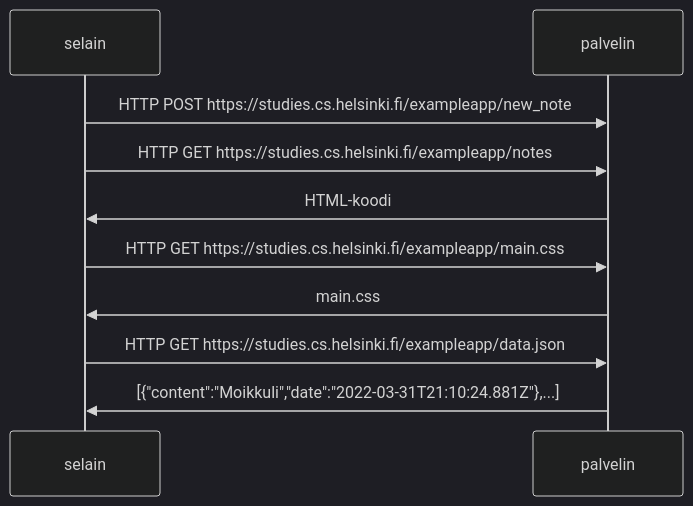
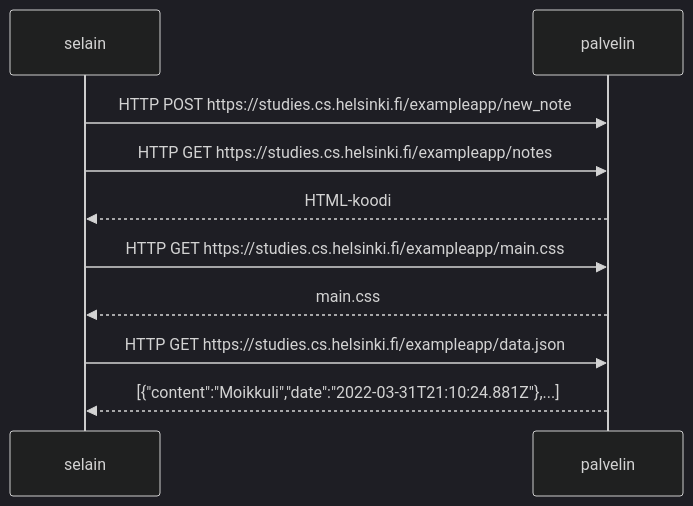
Before and after one commit to oliviahorjamo/Full-Stack-Open-2022: the diagram in Osa 0/tehtava_0.4.md, drawn with Mermaid (dark theme).

````diff
--- a/Osa 0/tehtava_0.4.md
+++ b/Osa 0/tehtava_0.4.md
@@ -2,12 +2,12 @@
 ```mermaid
 sequenceDiagram
   participant selain
   participant palvelin
   selain->>palvelin: HTTP POST https://studies.cs.helsinki.fi/exampleapp/new_note
   selain->>palvelin: HTTP GET https://studies.cs.helsinki.fi/exampleapp/notes
-  palvelin->>selain: HTML-koodi
+  palvelin-->>selain: HTML-koodi
   selain->>palvelin: HTTP GET https://studies.cs.helsinki.fi/exampleapp/main.css
-  palvelin->>selain: main.css
+  palvelin-->>selain: main.css
   selain->>palvelin:  HTTP GET https://studies.cs.helsinki.fi/exampleapp/data.json
-  palvelin->>selain: [{"content":"Moikkuli","date":"2022-03-31T21:10:24.881Z"},...]
+  palvelin-->>selain: [{"content":"Moikkuli","date":"2022-03-31T21:10:24.881Z"},...]
 ```
````
